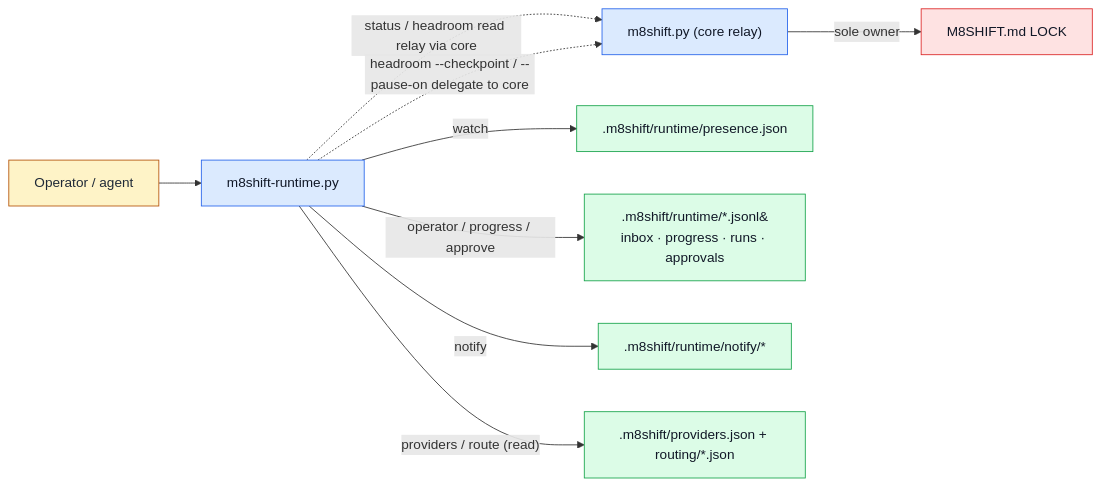
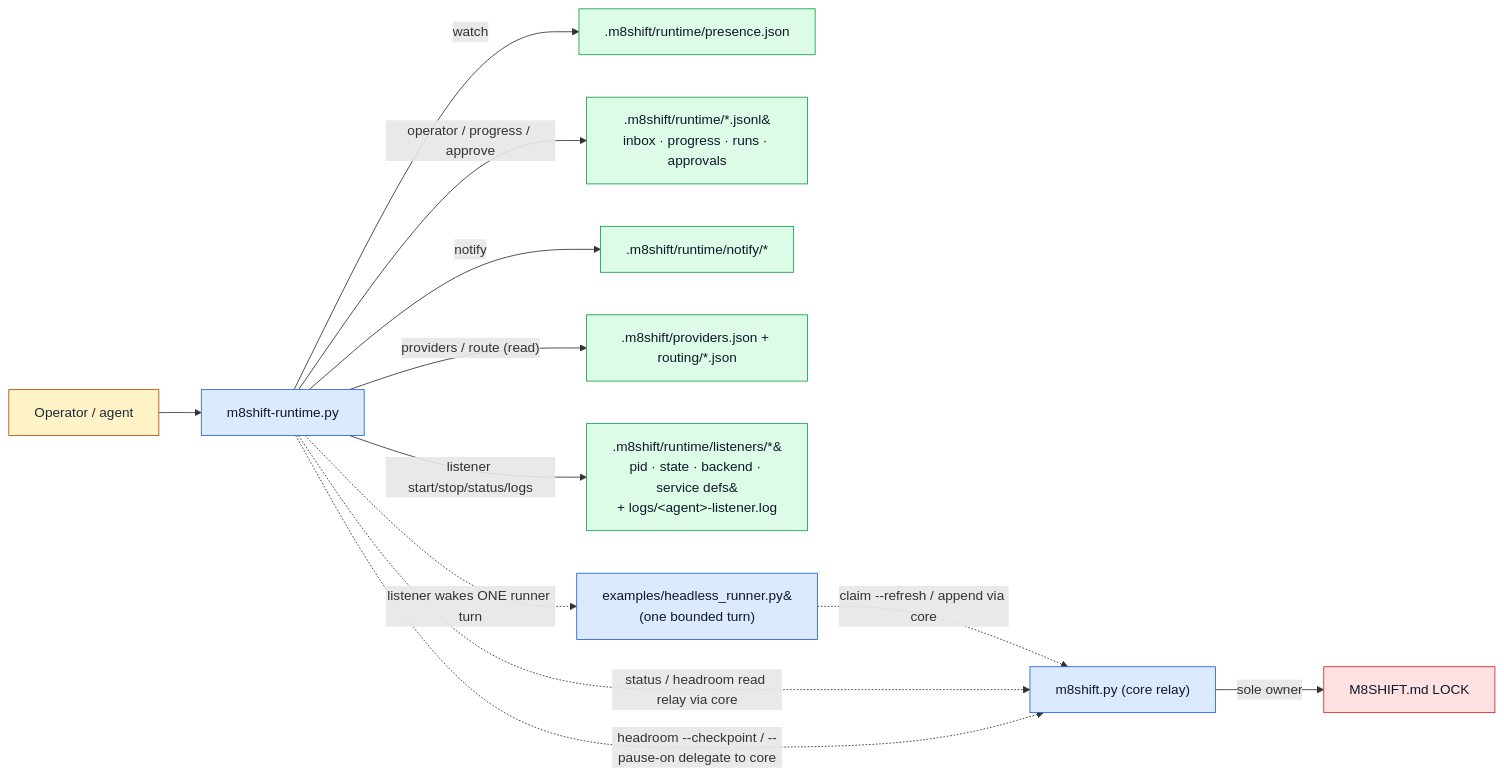
One commit to M8Shift/M8Shift changed the diagram in docs/en/modules/runtime.md. Above: the diagram before and after it, drawn with Mermaid. The commit also changed other lines of this file and 21 other files, not shown here.

````diff
--- a/docs/en/modules/runtime.md
+++ b/docs/en/modules/runtime.md
@@ -11,25 +11,30 @@
 ```mermaid
 flowchart LR
     user["Operator / agent"]:::actor
     script["m8shift-runtime.py"]:::script
     core["m8shift.py (core relay)"]:::script
     presence[".m8shift/runtime/presence.json"]:::state
     ledgers[".m8shift/runtime/*.jsonl&#8203;<br/>inbox · progress · runs · approvals"]:::state
     notify[".m8shift/runtime/notify/*"]:::state
     registry[".m8shift/providers.json + routing/*.json"]:::state
+    listeners[".m8shift/runtime/listeners/*&#8203;<br/>pid · state · backend · service defs&#8203;<br/>+ logs/&lt;agent&gt;-listener.log"]:::state
+    runner["examples/headless_runner.py&#8203;<br/>(one bounded turn)"]:::script
     lock["M8SHIFT.md LOCK"]:::lock
 
     user --> script
     script -- "watch" --> presence
     script -- "operator / progress / approve" --> ledgers
     script -- "notify" --> notify
     script -- "providers / route (read)" --> registry
+    script -- "listener start/stop/status/logs" --> listeners
+    script -. "listener wakes ONE runner turn" .-> runner
+    runner -. "claim --refresh / append via core" .-> core
     script -. "status / headroom read relay via core" .-> core
     core -- "sole owner" --> lock
     script -. "headroom --checkpoint / --pause-on delegate to core" .-> core
 
     classDef actor fill:#fef3c7,stroke:#b45309,color:#1f2937
     classDef script fill:#dbeafe,stroke:#2563eb,color:#111827
     classDef state fill:#dcfce7,stroke:#16a34a,color:#111827
     classDef lock fill:#fee2e2,stroke:#dc2626,color:#111827
 ```
````
